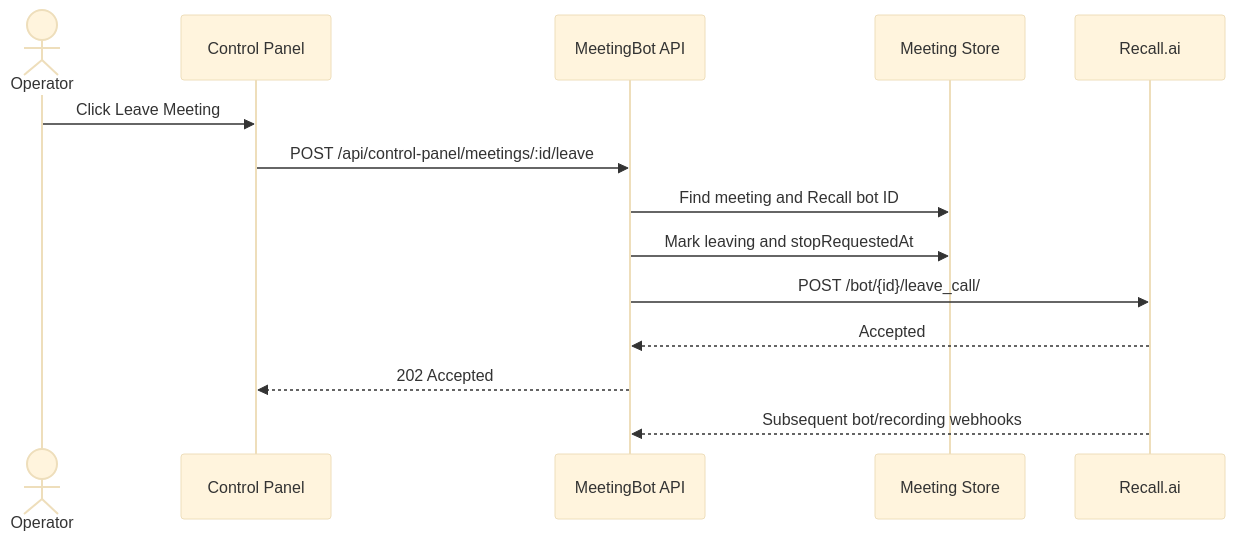
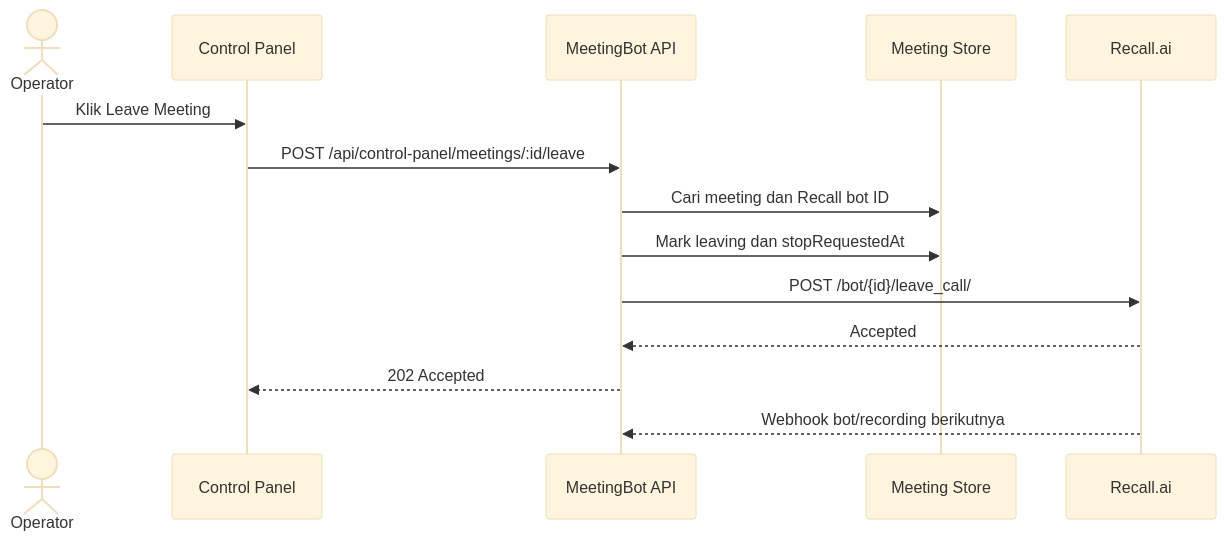
The fifth of 8 diagrams in docs/ARCHITECTURE.md (iwkz-dev/meetingbot), drawn with Mermaid (base theme) before and after one commit. The commit also changed other lines of this file and 18 other files, not shown here.

````diff
--- a/docs/ARCHITECTURE.md
+++ b/docs/ARCHITECTURE.md
@@ -176,17 +182,17 @@
 ```mermaid
 sequenceDiagram
     actor Operator
     participant UI as Control Panel
     participant App as MeetingBot API
     participant Store as Meeting Store
     participant Recall as Recall.ai
 
-    Operator->>UI: Click Leave Meeting
+    Operator->>UI: Klik Leave Meeting
     UI->>App: POST /api/control-panel/meetings/:id/leave
-    App->>Store: Find meeting and Recall bot ID
-    App->>Store: Mark leaving and stopRequestedAt
+    App->>Store: Cari meeting dan Recall bot ID
+    App->>Store: Mark leaving dan stopRequestedAt
     App->>Recall: POST /bot/{id}/leave_call/
     Recall-->>App: Accepted
     App-->>UI: 202 Accepted
-    Recall-->>App: Subsequent bot/recording webhooks
+    Recall-->>App: Webhook bot/recording berikutnya
 ```
````
